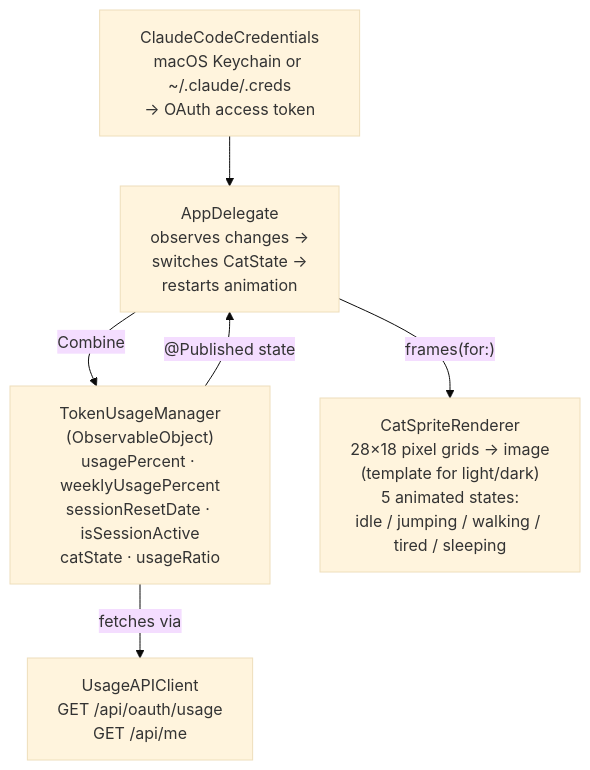
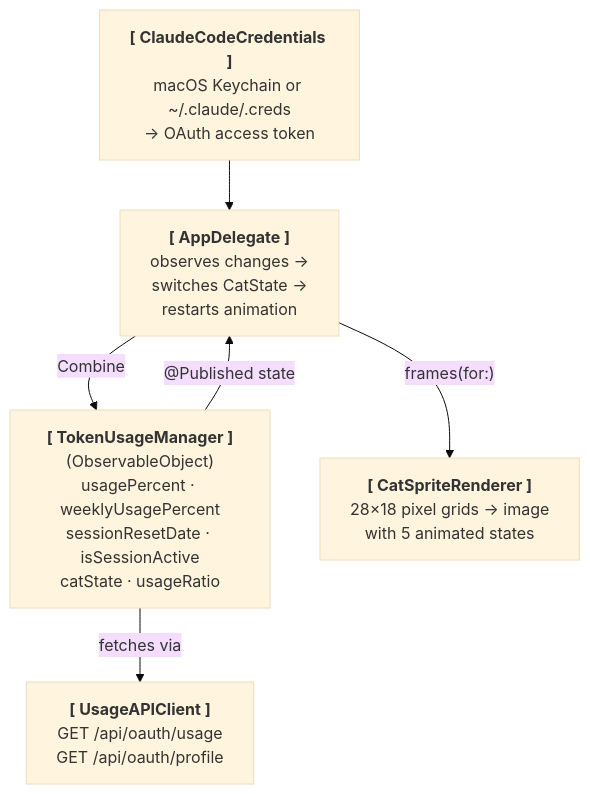
Before and after one commit to lylaminju/claude-token-cat: the diagram in README.md, drawn with Mermaid (base theme).

Commit message:
docs: update README architecture diagram
- Bold entity names with square brackets for readability
- Fix incorrect endpoint: /api/me → /api/oauth/profile
- Simplify CatSpriteRenderer description

````diff
--- a/README.md
+++ b/README.md
@@ -97,21 +97,21 @@
 ```mermaid
 graph TD
-    Creds["ClaudeCodeCredentials<br>macOS Keychain or ~/.claude/.creds<br>→ OAuth access token"]
+    Creds["<b>[ ClaudeCodeCredentials ]</b><br>macOS Keychain or ~/.claude/.creds<br>→ OAuth access token"]
 
     Creds --> AppDelegate
 
-    TokenUsageManager["TokenUsageManager<br>(ObservableObject)<br>usagePercent · weeklyUsagePercent<br>sessionResetDate · isSessionActive<br>catState · usageRatio"]
+    TokenUsageManager["<b>[ TokenUsageManager ]</b><br>(ObservableObject)<br>usagePercent · weeklyUsagePercent<br>sessionResetDate · isSessionActive<br>catState · usageRatio"]
 
     TokenUsageManager -- "@Published state" --> AppDelegate
     AppDelegate -- "Combine" --> TokenUsageManager
 
-    AppDelegate["AppDelegate<br>observes changes →<br>switches CatState →<br>restarts animation"]
+    AppDelegate["<b>[ AppDelegate ]</b><br>observes changes →<br>switches CatState →<br>restarts animation"]
 
     AppDelegate -- "frames(for:)" --> CatSpriteRenderer
 
     TokenUsageManager -- "fetches via" --> UsageAPIClient
 
-    UsageAPIClient["UsageAPIClient<br>GET /api/oauth/usage<br>GET /api/me"]
+    UsageAPIClient["<b>[ UsageAPIClient ]</b><br>GET /api/oauth/usage<br>GET /api/oauth/profile"]
 
-    CatSpriteRenderer["CatSpriteRenderer<br>28×18 pixel grids → image<br>(template for light/dark)<br>5 animated states:<br>idle / jumping / walking / tired / sleeping"]
+    CatSpriteRenderer["<b>[ CatSpriteRenderer ]</b><br>28×18 pixel grids → image<br>with 5 animated states"]
 ```
````
